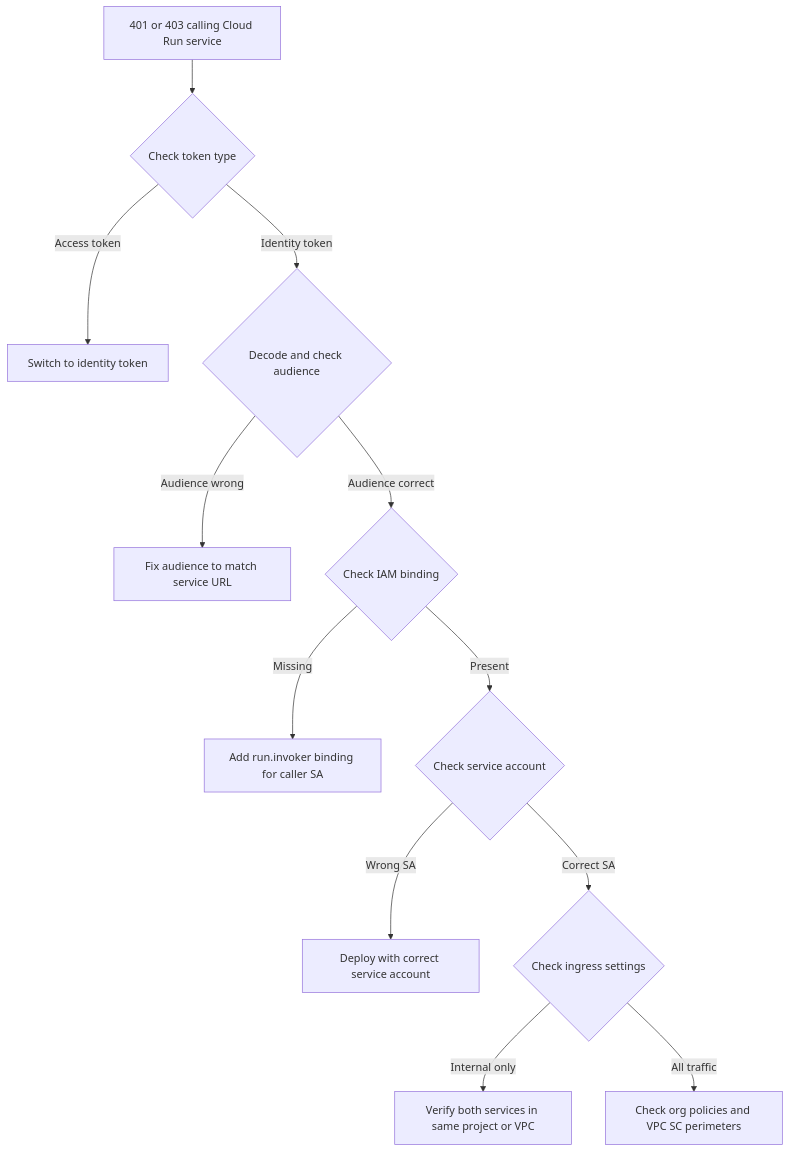
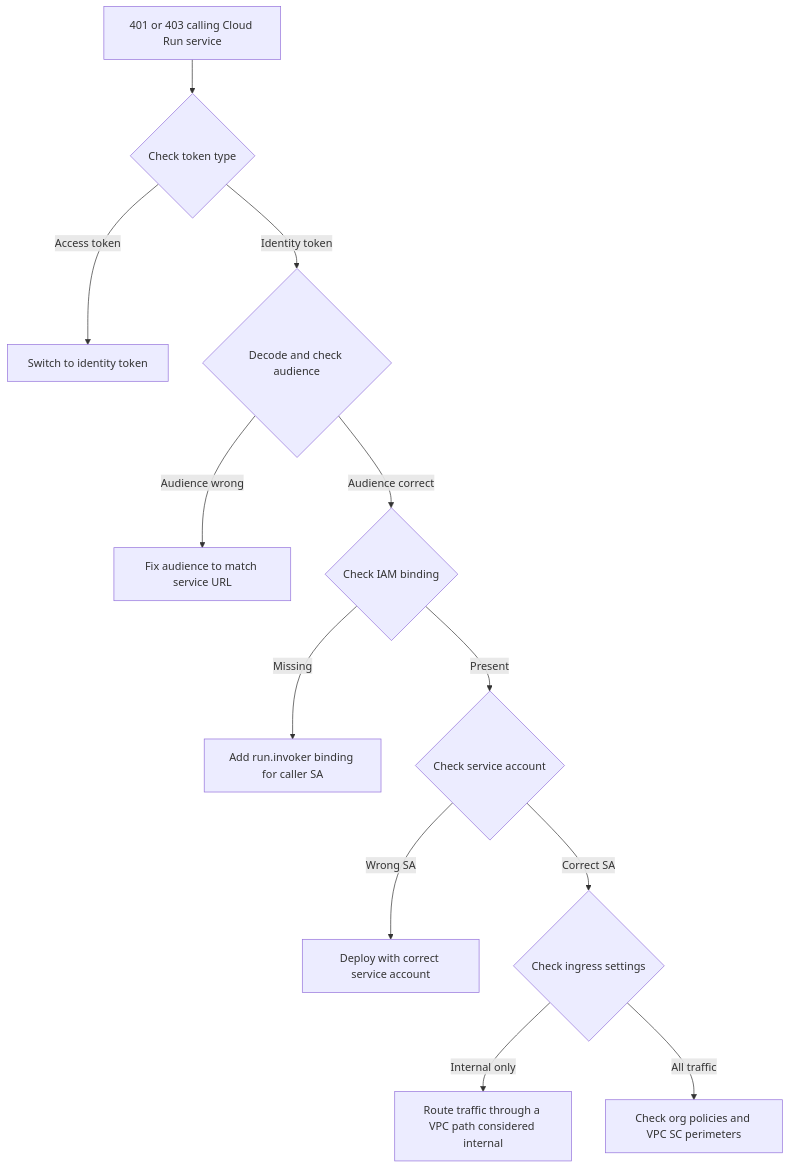
Before and after one commit to OneUptime/blog: the diagram in posts/2026-02-17-how-to-troubleshoot-cloud-run-service-to-service-authentication-failures-with-identity-tokens/README.md, drawn with Mermaid. The commit also changed other lines of this file and 2 other files, not shown here.

````diff
--- a/posts/2026-02-17-how-to-troubleshoot-cloud-run-service-to-service-authentication-failures-with-identity-tokens/README.md
+++ b/posts/2026-02-17-how-to-troubleshoot-cloud-run-service-to-service-authentication-failures-with-identity-tokens/README.md
@@ -221,14 +231,14 @@
 ```mermaid
 flowchart TD
     A[401 or 403 calling Cloud Run service] --> B{Check token type}
     B -->|Access token| C[Switch to identity token]
     B -->|Identity token| D{Decode and check audience}
     D -->|Audience wrong| E[Fix audience to match service URL]
     D -->|Audience correct| F{Check IAM binding}
     F -->|Missing| G[Add run.invoker binding for caller SA]
     F -->|Present| H{Check service account}
     H -->|Wrong SA| I[Deploy with correct service account]
     H -->|Correct SA| J{Check ingress settings}
-    J -->|Internal only| K[Verify both services in same project or VPC]
+    J -->|Internal only| K[Route traffic through a VPC path considered internal]
     J -->|All traffic| L[Check org policies and VPC SC perimeters]
 ```
````
